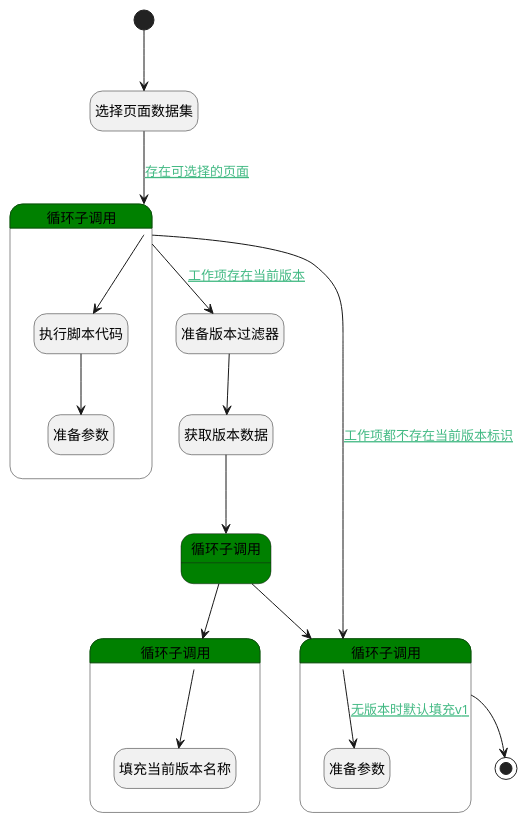
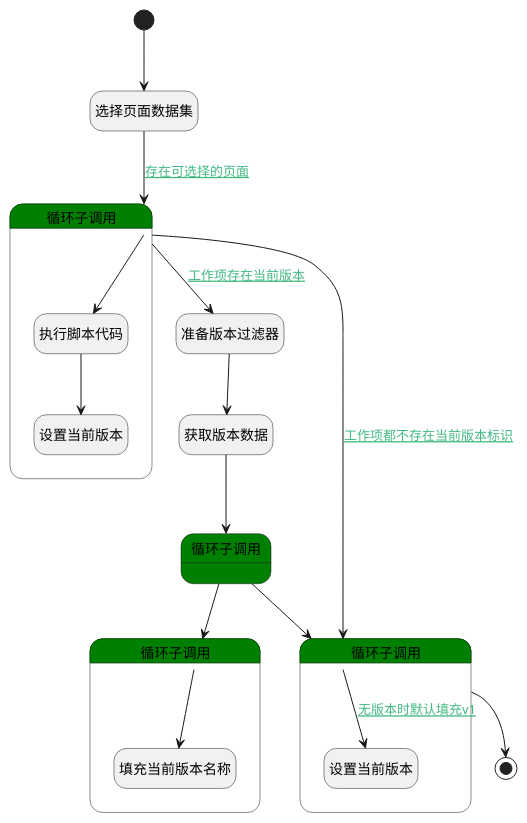
One commit to iBizLab/plm changed the diagram in doc/docsify/module/Wiki/article_page/logic/baseline_plan_page.md. Above: the diagram before and after it, drawn with PlantUML. The commit also changed other lines of this file and 1778 other files, not shown here.

````diff
--- a/doc/docsify/module/Wiki/article_page/logic/baseline_plan_page.md
+++ b/doc/docsify/module/Wiki/article_page/logic/baseline_plan_page.md
@@ -7,46 +7,46 @@
 ```plantuml
 @startuml
 hide empty description
 <style>
 root {
   HyperlinkColor #42b983
 }
 </style>
 
 hide empty description
 state "开始" as Begin <<start>> [[$./baseline_plan_page#begin {"开始"}]]
 state "选择页面数据集" as DEDATASET1  [[$./baseline_plan_page#dedataset1 {"选择页面数据集"}]]
 state "准备版本过滤器" as PREPAREPARAM1  [[$./baseline_plan_page#prepareparam1 {"准备版本过滤器"}]]
 state "获取版本数据" as DEDATASET2  [[$./baseline_plan_page#dedataset2 {"获取版本数据"}]]
 state "结束" as END1 <<end>> [[$./baseline_plan_page#end1 {"结束"}]]
 state "循环子调用" as LOOPSUBCALL1  [[$./baseline_plan_page#loopsubcall1 {"循环子调用"}]] #green {
 state "执行脚本代码" as RAWSFCODE1  [[$./baseline_plan_page#rawsfcode1 {"执行脚本代码"}]]
-state "准备参数" as PREPAREPARAM4  [[$./baseline_plan_page#prepareparam4 {"准备参数"}]]
+state "设置当前版本" as PREPAREPARAM4  [[$./baseline_plan_page#prepareparam4 {"设置当前版本"}]]
 }
 state "循环子调用" as LOOPSUBCALL2  [[$./baseline_plan_page#loopsubcall2 {"循环子调用"}]] #green {
 }
 state "循环子调用" as LOOPSUBCALL3  [[$./baseline_plan_page#loopsubcall3 {"循环子调用"}]] #green {
 state "填充当前版本名称" as PREPAREPARAM2  [[$./baseline_plan_page#prepareparam2 {"填充当前版本名称"}]]
 }
 state "循环子调用" as LOOPSUBCALL4  [[$./baseline_plan_page#loopsubcall4 {"循环子调用"}]] #green {
-state "准备参数" as PREPAREPARAM3  [[$./baseline_plan_page#prepareparam3 {"准备参数"}]]
+state "设置当前版本" as PREPAREPARAM3  [[$./baseline_plan_page#prepareparam3 {"设置当前版本"}]]
 }
 
 
 Begin --> DEDATASET1
 DEDATASET1 --> LOOPSUBCALL1 : [[$./baseline_plan_page#dedataset1-loopsubcall1{存在可选择的页面} 存在可选择的页面]]
 LOOPSUBCALL1 --> RAWSFCODE1
 RAWSFCODE1 --> PREPAREPARAM4
 LOOPSUBCALL1 --> PREPAREPARAM1 : [[$./baseline_plan_page#loopsubcall1-prepareparam1{工作项存在当前版本} 工作项存在当前版本]]
 PREPAREPARAM1 --> DEDATASET2
 DEDATASET2 --> LOOPSUBCALL2
 LOOPSUBCALL2 --> LOOPSUBCALL3
 LOOPSUBCALL3 --> PREPAREPARAM2
 LOOPSUBCALL2 --> LOOPSUBCALL4
 LOOPSUBCALL4 --> END1
 LOOPSUBCALL4 --> PREPAREPARAM3 : [[$./baseline_plan_page#loopsubcall4-prepareparam3{无版本时默认填充v1} 无版本时默认填充v1]]
 LOOPSUBCALL1 --> LOOPSUBCALL4 : [[$./baseline_plan_page#loopsubcall1-loopsubcall4{工作项都不存在当前版本标识} 工作项都不存在当前版本标识]]
 
 
 @enduml
 ```
````
